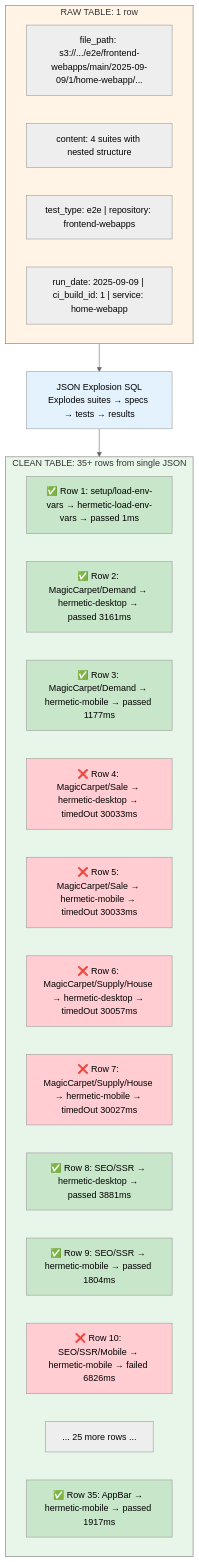
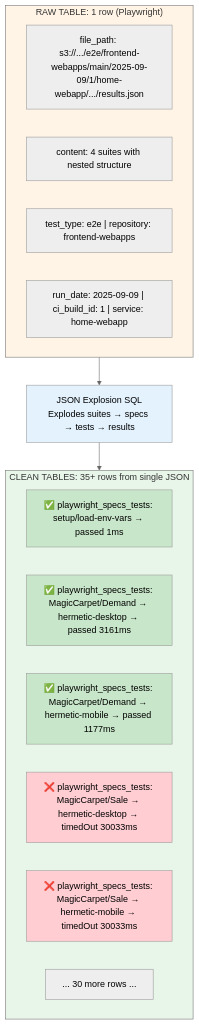
The fourth of 5 diagrams in dags/tech_platform/release_validations_tests/README.md (joseotaviorf/oh-my-pi), drawn with Mermaid (neutral theme) before and after one commit. The commit also changed other lines of this file and 5 other files, not shown here.

First line of the commit message:
SWAT Team - Add maestro_tests table for release validation test results processing (#21062)

````diff
--- a/dags/tech_platform/release_validations_tests/README.md
+++ b/dags/tech_platform/release_validations_tests/README.md
@@ -187,44 +312,32 @@
 ```mermaid
 flowchart TD
-    subgraph RAW["RAW TABLE: 1 row"]
-        R1["file_path: s3://.../e2e/frontend-webapps/main/2025-09-09/1/home-webapp/..."]
+    subgraph RAW_PW["RAW TABLE: 1 row (Playwright)"]
+        R1["file_path: s3://.../e2e/frontend-webapps/main/2025-09-09/1/home-webapp/.../results.json"]
         R2["content: 4 suites with nested structure"]
         R3["test_type: e2e | repository: frontend-webapps"]
         R4["run_date: 2025-09-09 | ci_build_id: 1 | service: home-webapp"]
     end
 
-    EXPLOSION["JSON Explosion SQL<br/>Explodes suites → specs → tests → results"]
+    EXPLOSION_PW["JSON Explosion SQL<br/>Explodes suites → specs → tests → results"]
 
-    subgraph CLEAN["CLEAN TABLE: 35+ rows from single JSON"]
-        C1["✅ Row 1: setup/load-env-vars → hermetic-load-env-vars → passed 1ms"]
-        C2["✅ Row 2: MagicCarpet/Demand → hermetic-desktop → passed 3161ms"]
-        C3["✅ Row 3: MagicCarpet/Demand → hermetic-mobile → passed 1177ms"]
-        C4["❌ Row 4: MagicCarpet/Sale → hermetic-desktop → timedOut 30033ms"]
-        C5["❌ Row 5: MagicCarpet/Sale → hermetic-mobile → timedOut 30033ms"]
-        C6["❌ Row 6: MagicCarpet/Supply/House → hermetic-desktop → timedOut 30057ms"]
-        C7["❌ Row 7: MagicCarpet/Supply/House → hermetic-mobile → timedOut 30027ms"]
-        C8["✅ Row 8: SEO/SSR → hermetic-desktop → passed 3881ms"]
-        C9["✅ Row 9: SEO/SSR → hermetic-mobile → passed 1804ms"]
-        C10["❌ Row 10: SEO/SSR/Mobile → hermetic-mobile → failed 6826ms"]
-        C11["... 25 more rows ..."]
-        C12["✅ Row 35: AppBar → hermetic-mobile → passed 1917ms"]
+    subgraph CLEAN_PW["CLEAN TABLES: 35+ rows from single JSON"]
+        C1["✅ playwright_specs_tests: setup/load-env-vars → passed 1ms"]
+        C2["✅ playwright_specs_tests: MagicCarpet/Demand → hermetic-desktop → passed 3161ms"]
+        C3["✅ playwright_specs_tests: MagicCarpet/Demand → hermetic-mobile → passed 1177ms"]
+        C4["❌ playwright_specs_tests: MagicCarpet/Sale → hermetic-desktop → timedOut 30033ms"]
+        C5["❌ playwright_specs_tests: MagicCarpet/Sale → hermetic-mobile → timedOut 30033ms"]
+        C11["... 30 more rows ..."]
     end
 
-    RAW --> EXPLOSION
-    EXPLOSION --> CLEAN
+    RAW_PW --> EXPLOSION_PW
+    EXPLOSION_PW --> CLEAN_PW
 
-    style RAW fill:#fff4e6
-    style EXPLOSION fill:#e3f2fd
-    style CLEAN fill:#e8f5e9
+    style RAW_PW fill:#fff4e6
+    style EXPLOSION_PW fill:#e3f2fd
+    style CLEAN_PW fill:#e8f5e9
     style C1 fill:#c8e6c9
     style C2 fill:#c8e6c9
     style C3 fill:#c8e6c9
     style C4 fill:#ffcdd2
     style C5 fill:#ffcdd2
-    style C6 fill:#ffcdd2
-    style C7 fill:#ffcdd2
-    style C8 fill:#c8e6c9
-    style C9 fill:#c8e6c9
-    style C10 fill:#ffcdd2
-    style C12 fill:#c8e6c9
 ```
````
